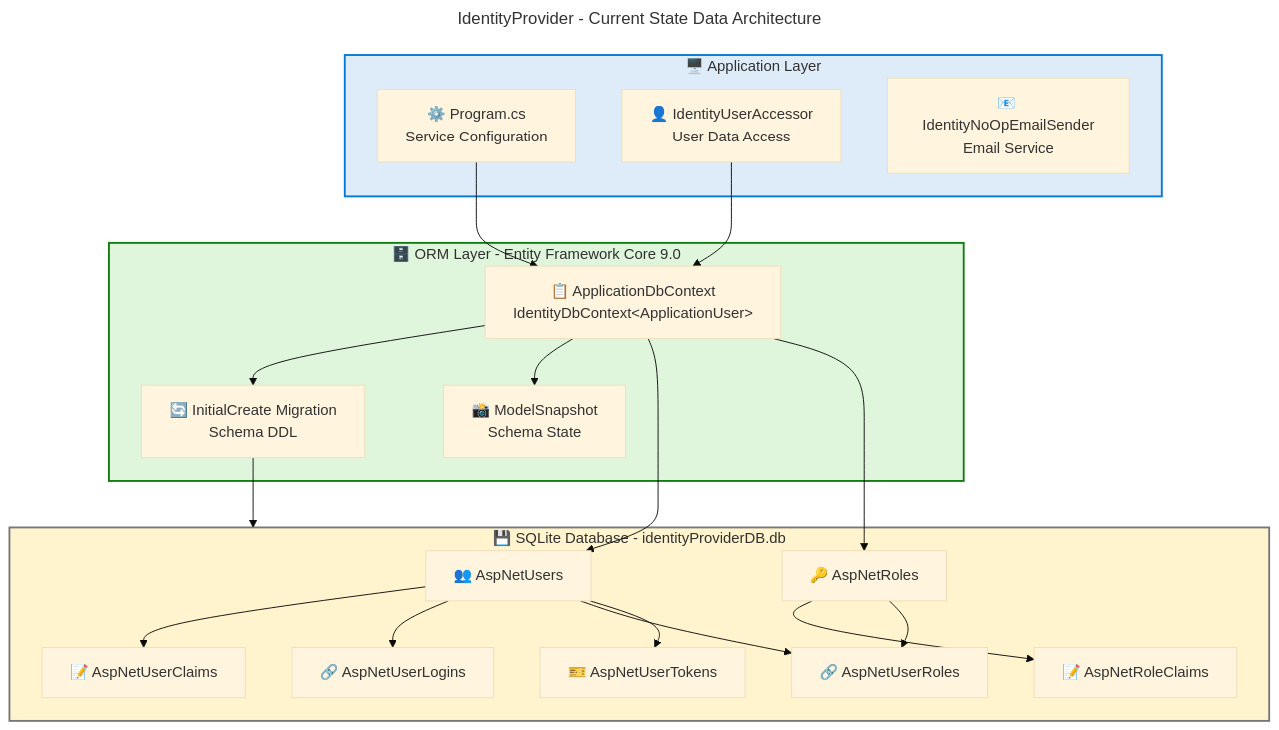
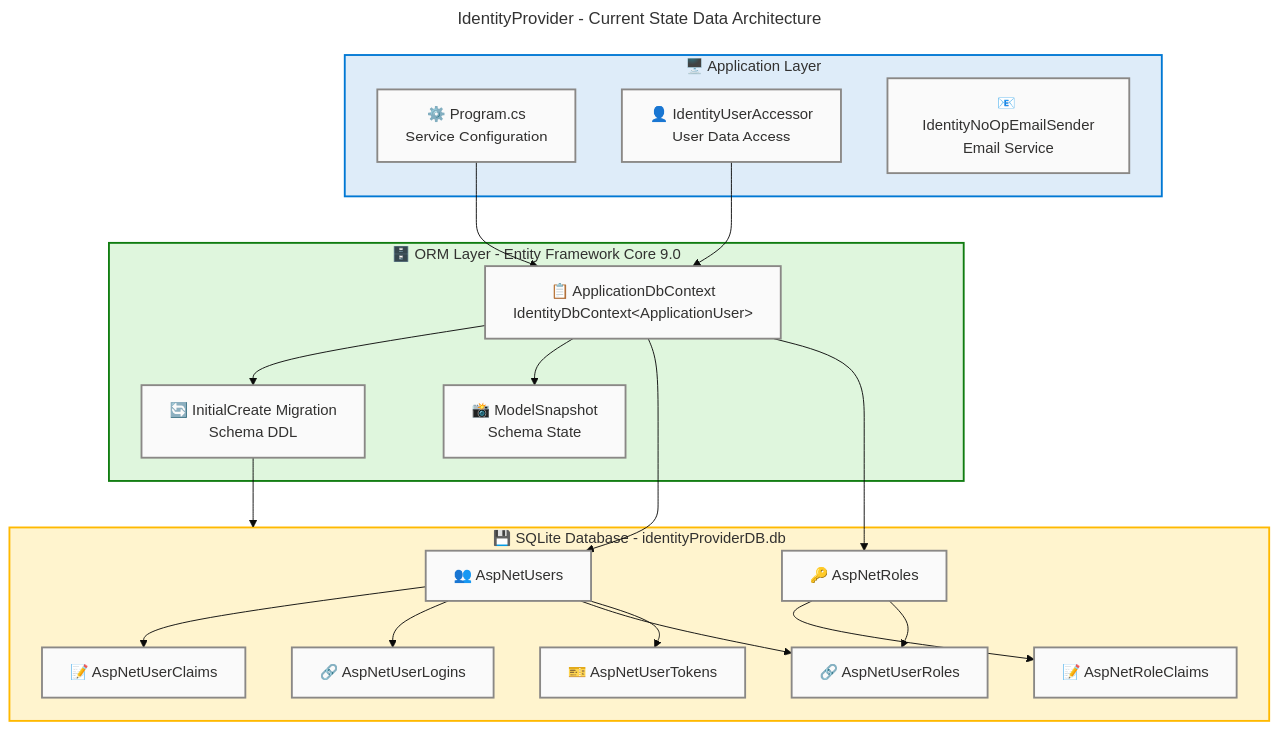
The fourth of 13 diagrams in docs/architecture/data-architecture.md (Evilazaro/IdentityProvider), drawn with Mermaid before and after one commit. The commit also changed other lines of this file, not shown here.

Commit message:
Enhance data architecture diagrams with accessibility features and improved styling for clarity

````diff
--- a/docs/architecture/data-architecture.md
+++ b/docs/architecture/data-architecture.md
@@ -310,56 +340,66 @@
 ```mermaid
 ---
 title: IdentityProvider - Current State Data Architecture
 config:
   theme: base
   look: classic
   layout: dagre
   themeVariables:
     fontSize: '16px'
   flowchart:
     htmlLabels: true
 ---
 flowchart TB
     accTitle: IdentityProvider Current State Data Architecture
     accDescr: Flowchart showing the current data architecture topology with application layer, ORM layer, and database layer for the IdentityProvider system
 
+    %% ── AZURE / FLUENT v1.1 ──────────────────────────────────
+    %% PHASE 1 — Structural ✔  direction explicit, nesting ≤ 3
+    %% PHASE 2 — Semantic   ✔  neutral-first, max 5 classes
+    %% PHASE 3 — Font       ✔  dark text on light bg
+    %% PHASE 4 — Accessibility ✔  accTitle + accDescr present
+    %% PHASE 5 — Standards  ✔  centralized classDefs below
+    %% ─────────────────────────────────────────────────────────
+
     subgraph APP["🖥️ Application Layer"]
-        P["⚙️ Program.cs<br/>Service Configuration"]
-        UA["👤 IdentityUserAccessor<br/>User Data Access"]
-        ES["📧 IdentityNoOpEmailSender<br/>Email Service"]
+        P["⚙️ Program.cs<br/>Service Configuration"]:::neutral
+        UA["👤 IdentityUserAccessor<br/>User Data Access"]:::neutral
+        ES["📧 IdentityNoOpEmailSender<br/>Email Service"]:::neutral
     end
 
     subgraph ORM["🗄️ ORM Layer - Entity Framework Core 9.0"]
-        DBC["📋 ApplicationDbContext<br/>IdentityDbContext&lt;ApplicationUser&gt;"]
-        MIG["🔄 InitialCreate Migration<br/>Schema DDL"]
-        SNAP["📸 ModelSnapshot<br/>Schema State"]
+        DBC["📋 ApplicationDbContext<br/>IdentityDbContext&lt;ApplicationUser&gt;"]:::neutral
+        MIG["🔄 InitialCreate Migration<br/>Schema DDL"]:::neutral
+        SNAP["📸 ModelSnapshot<br/>Schema State"]:::neutral
     end
 
     subgraph DB["💾 SQLite Database - identityProviderDB.db"]
-        USERS["👥 AspNetUsers"]
-        ROLES["🔑 AspNetRoles"]
-        UC["📝 AspNetUserClaims"]
-        RC["📝 AspNetRoleClaims"]
-        UL["🔗 AspNetUserLogins"]
-        UR["🔗 AspNetUserRoles"]
-        UT["🎫 AspNetUserTokens"]
+        USERS["👥 AspNetUsers"]:::neutral
+        ROLES["🔑 AspNetRoles"]:::neutral
+        UC["📝 AspNetUserClaims"]:::neutral
+        RC["📝 AspNetRoleClaims"]:::neutral
+        UL["🔗 AspNetUserLogins"]:::neutral
+        UR["🔗 AspNetUserRoles"]:::neutral
+        UT["🎫 AspNetUserTokens"]:::neutral
     end
 
     P --> DBC
     UA --> DBC
     DBC --> MIG
     DBC --> SNAP
     MIG --> DB
     DBC --> USERS
     DBC --> ROLES
     USERS --> UC
     USERS --> UL
     USERS --> UR
     USERS --> UT
     ROLES --> RC
     ROLES --> UR
 
+    classDef neutral fill:#FAFAFA,stroke:#8A8886,stroke-width:2px,color:#323130
+
     style APP fill:#DEECF9,stroke:#0078D4,stroke-width:2px,color:#323130
     style ORM fill:#DFF6DD,stroke:#107C10,stroke-width:2px,color:#323130
-    style DB fill:#FFF4CE,stroke:#797673,stroke-width:2px,color:#323130
+    style DB fill:#FFF4CE,stroke:#FFB900,stroke-width:2px,color:#323130
 ```
````
